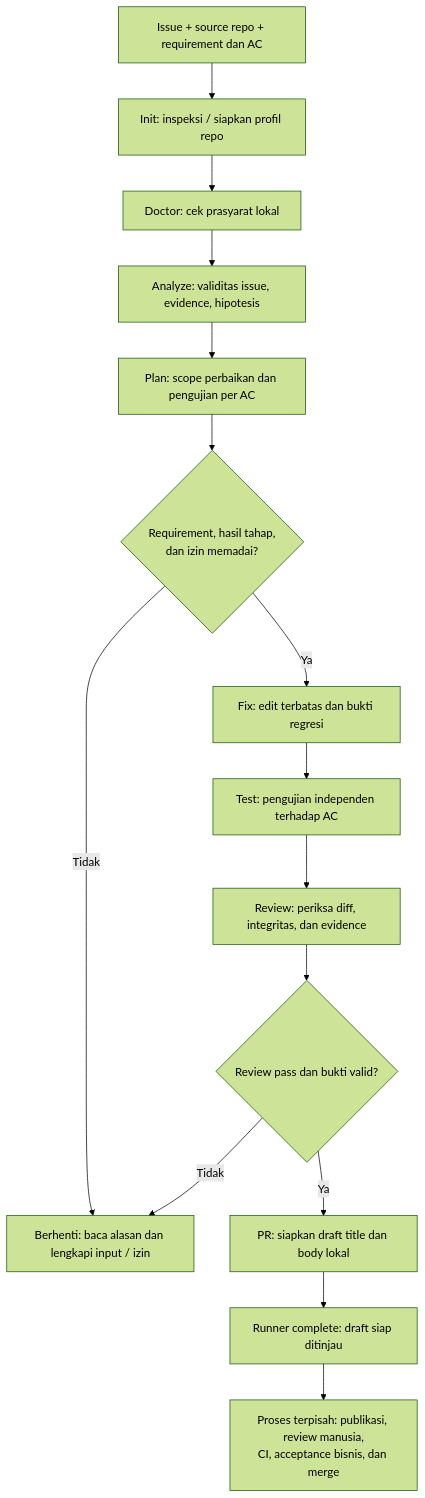
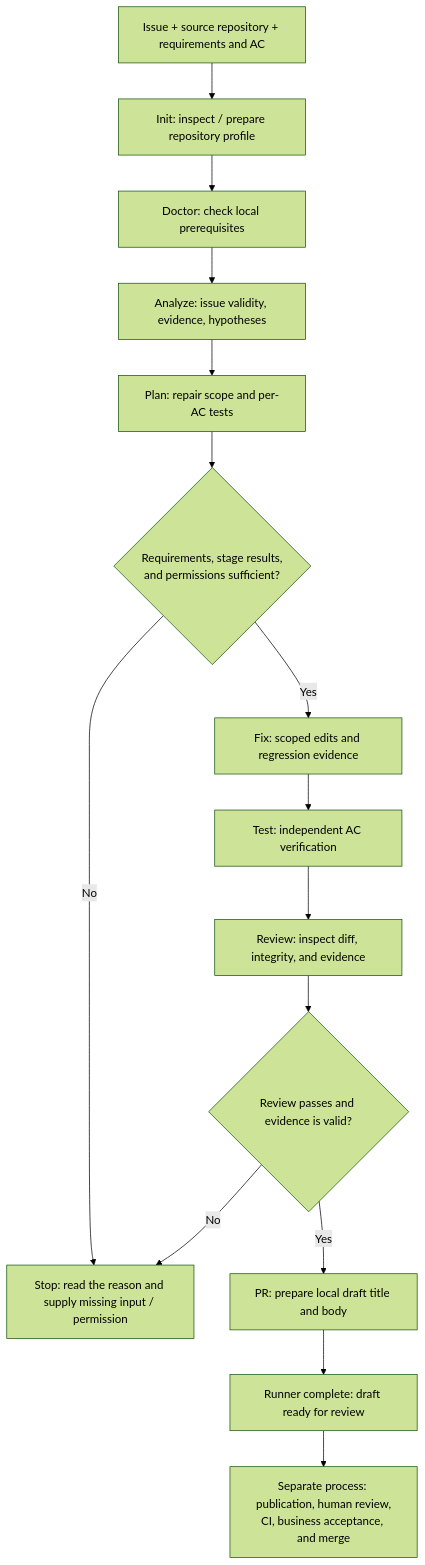
Before and after one commit to erikgunawan/doforme: the first of 2 diagrams in docs/HOW-IT-WORKS.md, drawn with Mermaid (forest theme). The commit also changed other lines of this file and 22 other files, not shown here.

````diff
--- a/docs/HOW-IT-WORKS.md
+++ b/docs/HOW-IT-WORKS.md
@@ -32,17 +29,17 @@
 ```mermaid
 flowchart TD
-    I["Issue + source repo + requirement dan AC"] --> S["Init: inspeksi / siapkan profil repo"]
-    S --> D["Doctor: cek prasyarat lokal"]
-    D --> A["Analyze: validitas issue, evidence, hipotesis"]
-    A --> P["Plan: scope perbaikan dan pengujian per AC"]
-    P --> G{"Requirement, hasil tahap,<br/>dan izin memadai?"}
-    G -->|Ya| F["Fix: edit terbatas dan bukti regresi"]
-    G -->|Tidak| B["Berhenti: baca alasan dan lengkapi input / izin"]
-    F --> T["Test: pengujian independen terhadap AC"]
-    T --> R["Review: periksa diff, integritas, dan evidence"]
-    R --> V{"Review pass dan bukti valid?"}
-    V -->|Ya| PR["PR: siapkan draft title dan body lokal"]
-    V -->|Tidak| B
-    PR --> C["Runner complete: draft siap ditinjau"]
-    C --> H["Proses terpisah: publikasi, review manusia,<br/>CI, acceptance bisnis, dan merge"]
+    I["Issue + source repository + requirements and AC"] --> S["Init: inspect / prepare repository profile"]
+    S --> D["Doctor: check local prerequisites"]
+    D --> A["Analyze: issue validity, evidence, hypotheses"]
+    A --> P["Plan: repair scope and per-AC tests"]
+    P --> G{"Requirements, stage results,<br/>and permissions sufficient?"}
+    G -->|Yes| F["Fix: scoped edits and regression evidence"]
+    G -->|No| B["Stop: read the reason and supply missing input / permission"]
+    F --> T["Test: independent AC verification"]
+    T --> R["Review: inspect diff, integrity, and evidence"]
+    R --> V{"Review passes and evidence is valid?"}
+    V -->|Yes| PR["PR: prepare local draft title and body"]
+    V -->|No| B
+    PR --> C["Runner complete: draft ready for review"]
+    C --> H["Separate process: publication, human review,<br/>CI, business acceptance, and merge"]
 ```
````
